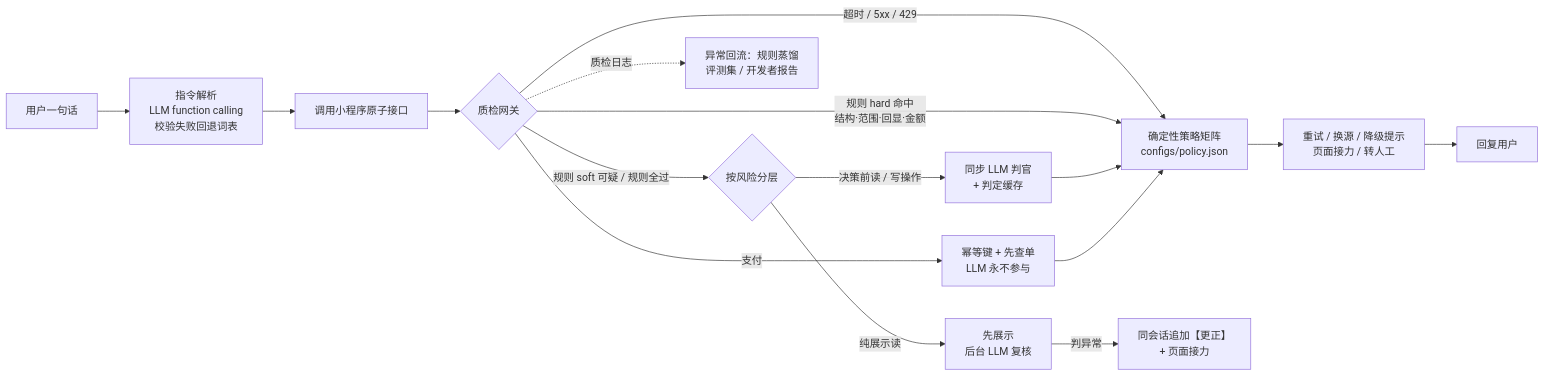
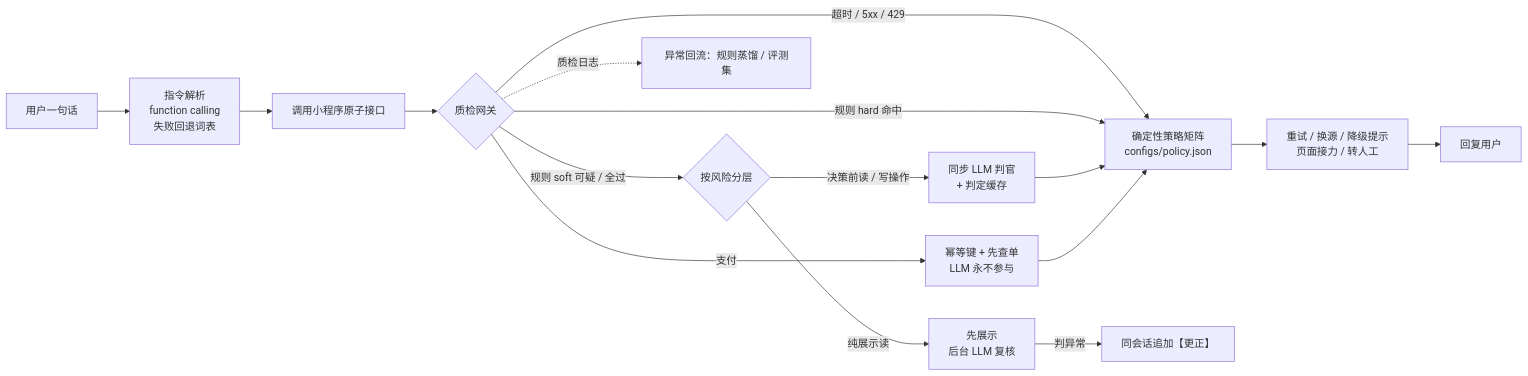
One commit to felix6328/wechat-agent-fallback-guard changed the diagram in README.md. Above: the diagram before and after it, drawn with Mermaid. The commit also changed other lines of this file and 7 other files, not shown here.

````diff
--- a/README.md
+++ b/README.md
@@ -41,18 +82,18 @@
 ```mermaid
 flowchart LR
-    U["用户一句话"] --> P["指令解析<br/>LLM function calling<br/>校验失败回退词表"]
+    U["用户一句话"] --> P["指令解析<br/>function calling<br/>失败回退词表"]
     P --> T["调用小程序原子接口"]
     T --> G{"质检网关"}
     G -->|"超时 / 5xx / 429"| M
-    G -->|"规则 hard 命中<br/>结构·范围·回显·金额"| M["确定性策略矩阵<br/>configs/policy.json"]
-    G -->|"规则 soft 可疑 / 规则全过"| R{"按风险分层"}
+    G -->|"规则 hard 命中"| M["确定性策略矩阵<br/>configs/policy.json"]
+    G -->|"规则 soft 可疑 / 全过"| R{"按风险分层"}
     R -->|"决策前读 / 写操作"| S["同步 LLM 判官<br/>+ 判定缓存"]
     R -->|"纯展示读"| A["先展示<br/>后台 LLM 复核"]
-    A -->|"判异常"| C["同会话追加【更正】<br/>+ 页面接力"]
+    A -->|"判异常"| C["同会话追加【更正】"]
     S --> M
     G -->|"支付"| PAY["幂等键 + 先查单<br/>LLM 永不参与"]
     PAY --> M
     M --> O["重试 / 换源 / 降级提示<br/>页面接力 / 转人工"]
     O --> Y["回复用户"]
-    G -.->|"质检日志"| L["异常回流：规则蒸馏<br/>评测集 / 开发者报告"]
+    G -.->|"质检日志"| L["异常回流：规则蒸馏 / 评测集"]
 ```
````
